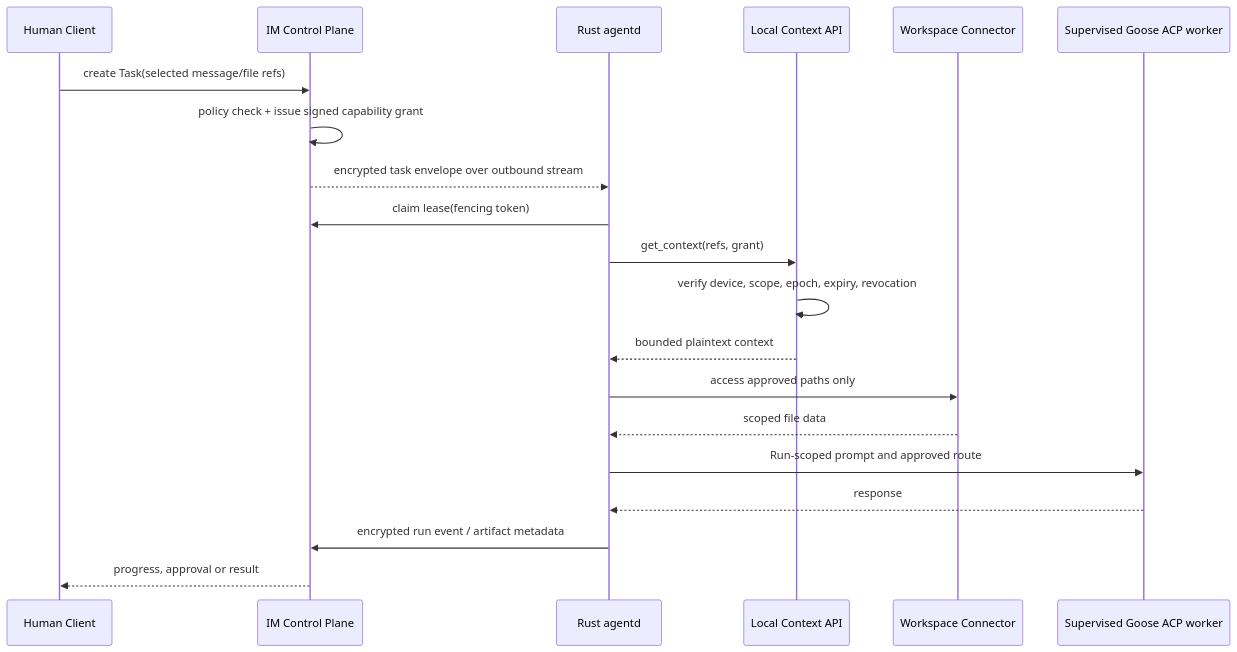
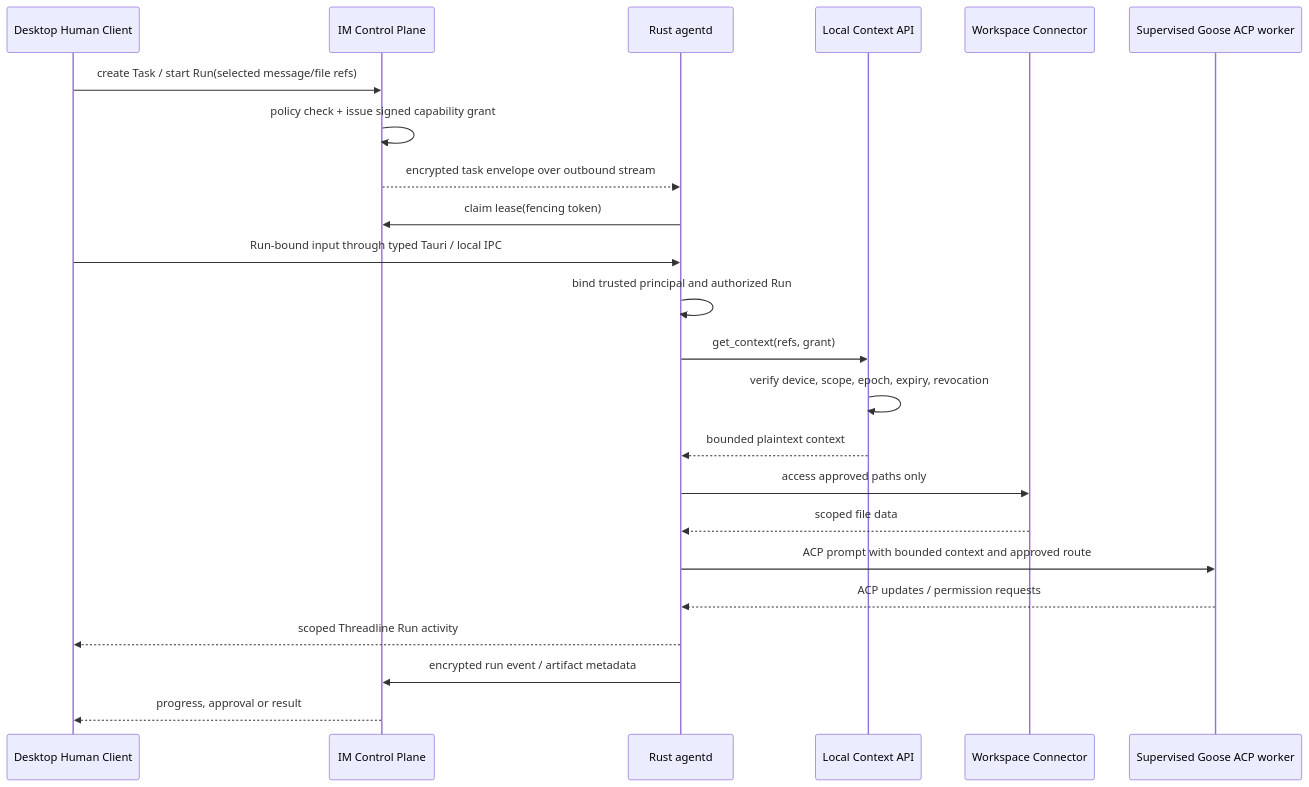
One commit to monkeylabx/threadline changed the third of 3 diagrams in docs/architecture/system-architecture.md. Above: the diagram before and after it, drawn with Mermaid. The commit also changed other lines of this file and 6 other files, not shown here.

First line of the commit message:
docs: simplify agentd to a task interface with internal Goose ACP (#215)

````diff
--- a/docs/architecture/system-architecture.md
+++ b/docs/architecture/system-architecture.md
@@ -265,23 +266,26 @@
 ```mermaid
 sequenceDiagram
-  participant U as Human Client
+  participant U as Desktop Human Client
   participant CP as IM Control Plane
   participant LR as Rust agentd
   participant CA as Local Context API
   participant FS as Workspace Connector
   participant M as Supervised Goose ACP worker
 
-  U->>CP: create Task(selected message/file refs)
+  U->>CP: create Task / start Run(selected message/file refs)
   CP->>CP: policy check + issue signed capability grant
   CP-->>LR: encrypted task envelope over outbound stream
   LR->>CP: claim lease(fencing token)
+  U->>LR: Run-bound input through typed Tauri / local IPC
+  LR->>LR: bind trusted principal and authorized Run
   LR->>CA: get_context(refs, grant)
   CA->>CA: verify device, scope, epoch, expiry, revocation
   CA-->>LR: bounded plaintext context
   LR->>FS: access approved paths only
   FS-->>LR: scoped file data
-  LR->>M: Run-scoped prompt and approved route
-  M-->>LR: response
+  LR->>M: ACP prompt with bounded context and approved route
+  M-->>LR: ACP updates / permission requests
+  LR-->>U: scoped Threadline Run activity
   LR->>CP: encrypted run event / artifact metadata
   CP-->>U: progress, approval or result
 ```
````
